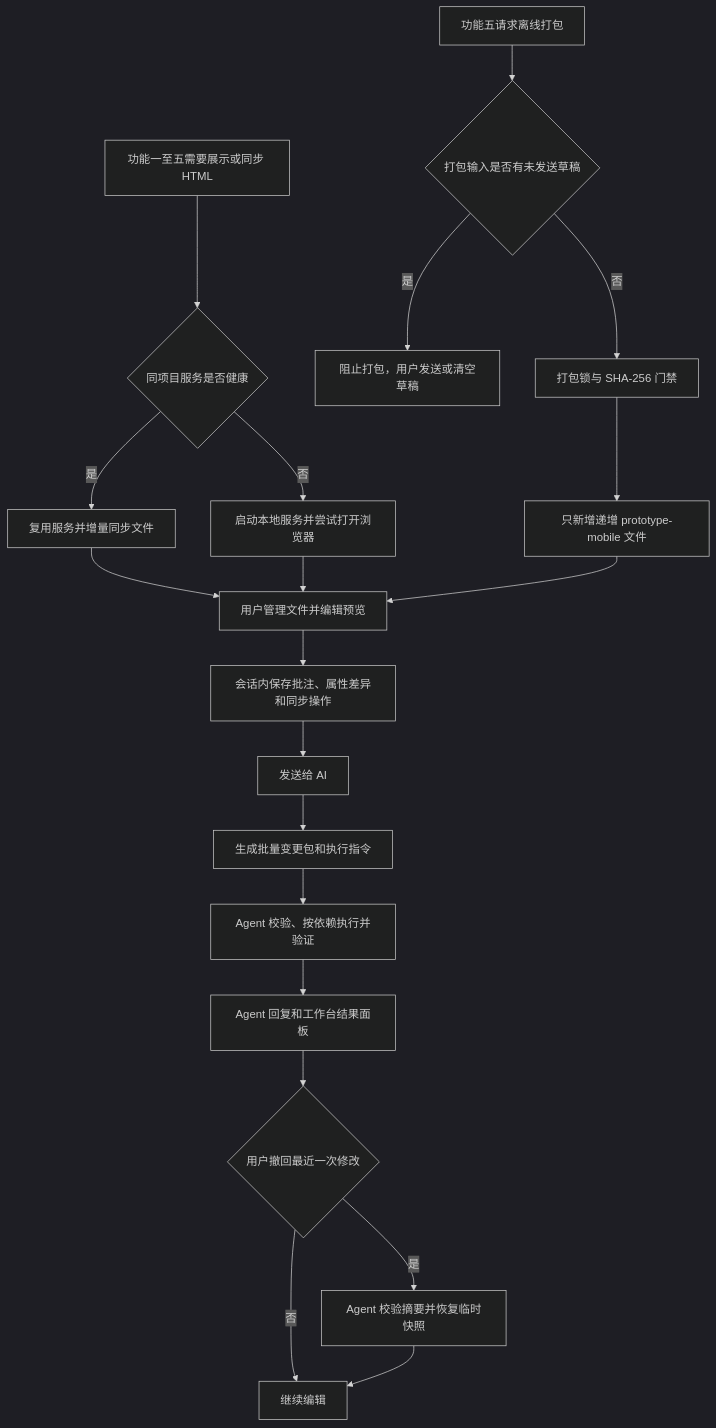
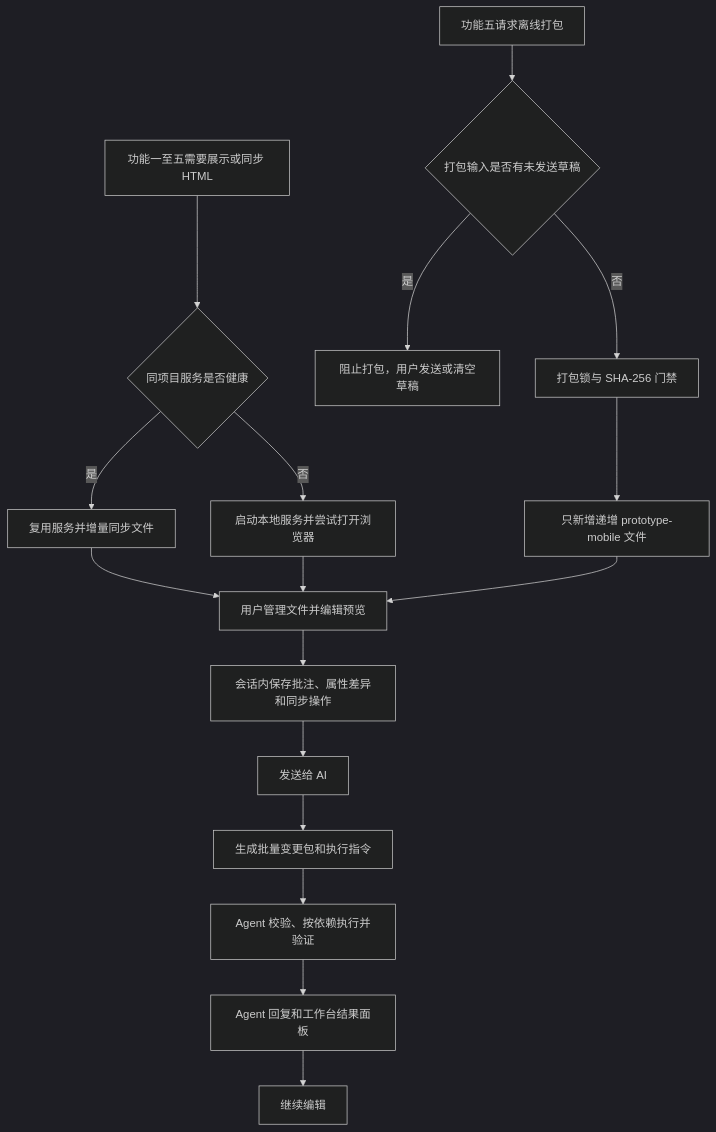
Before and after one commit to Ycet/ycet-prototype-create: the diagram in docs/brainstorms/specs/2026-07-17-prototype-editor-workbench-spec.md, drawn with Mermaid (dark theme). The commit also changed other lines of this file and 43 other files, not shown here.

````diff
--- a/docs/brainstorms/specs/2026-07-17-prototype-editor-workbench-spec.md
+++ b/docs/brainstorms/specs/2026-07-17-prototype-editor-workbench-spec.md
@@ -210,22 +202,19 @@
 ```mermaid
 flowchart TD
     A[功能一至五需要展示或同步 HTML] --> B{同项目服务是否健康}
     B -->|是| C[复用服务并增量同步文件]
     B -->|否| D[启动本地服务并尝试打开浏览器]
     C --> E[用户管理文件并编辑预览]
     D --> E
     E --> F[会话内保存批注、属性差异和同步操作]
     F --> G[发送给 AI]
     G --> H[生成批量变更包和执行指令]
     H --> I[Agent 校验、按依赖执行并验证]
     I --> J[Agent 回复和工作台结果面板]
-    J --> K{用户撤回最近一次修改}
-    K -->|是| L[Agent 校验摘要并恢复临时快照]
-    K -->|否| M[继续编辑]
-    L --> M
+    J --> M[继续编辑]
     N[功能五请求离线打包] --> O{打包输入是否有未发送草稿}
     O -->|是| P[阻止打包，用户发送或清空草稿]
     O -->|否| Q[打包锁与 SHA-256 门禁]
     Q --> R[只新增递增 prototype-mobile 文件]
     R --> E
 ```
````
